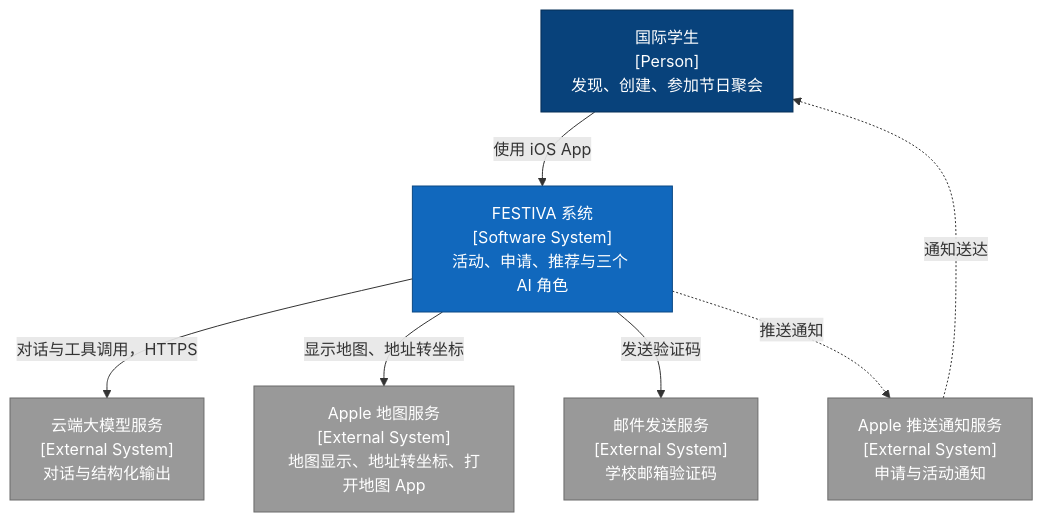
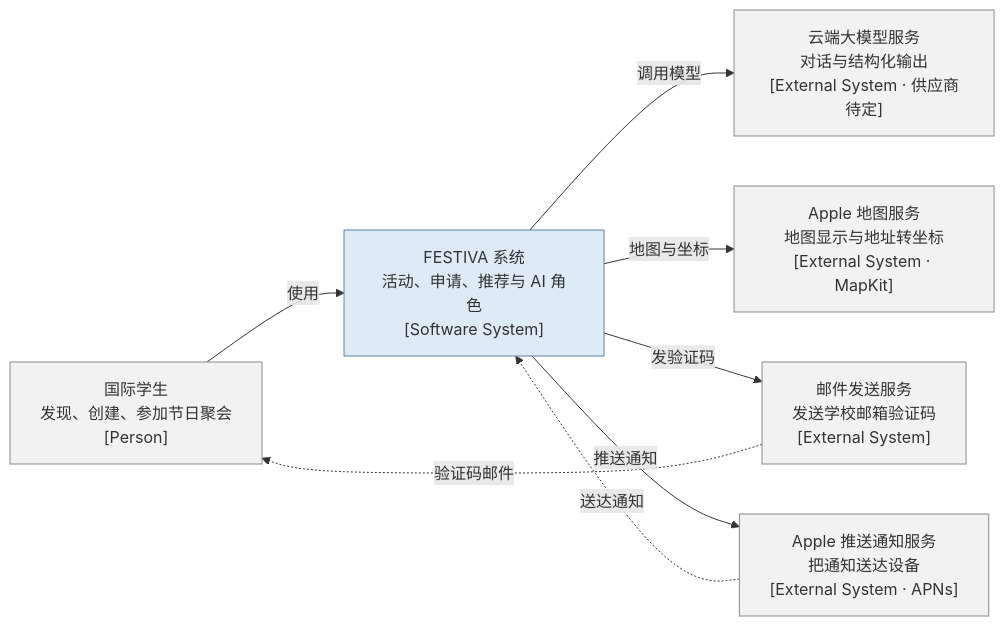
The first of 8 diagrams in truth/FESTIVA-工程架构文档.md (Ciri101/FESTIVA), drawn with Mermaid before and after one commit. The commit also changed other lines of this file and 12 other files, not shown here.

First line of the commit message:
T0013: finalize C1 and C2 as formal architecture diagrams

````diff
--- a/truth/FESTIVA-工程架构文档.md
+++ b/truth/FESTIVA-工程架构文档.md
@@ -78,21 +84,22 @@
 ```mermaid
-flowchart TB
-  student["国际学生<br/>[Person]<br/>发现、创建、参加节日聚会"]
-  festiva["FESTIVA 系统<br/>[Software System]<br/>活动、申请、推荐与三个 AI 角色"]
-  llm["云端大模型服务<br/>[External System]<br/>对话与结构化输出"]
-  maps["Apple 地图服务<br/>[External System]<br/>地图显示、地址转坐标、打开地图 App"]
-  mail["邮件发送服务<br/>[External System]<br/>学校邮箱验证码"]
-  apns["Apple 推送通知服务<br/>[External System]<br/>申请与活动通知"]
-  student -->|"使用 iOS App"| festiva
-  festiva -->|"对话与工具调用，HTTPS"| llm
-  festiva -->|"显示地图、地址转坐标"| maps
-  festiva -->|"发送验证码"| mail
-  festiva -.->|"推送通知"| apns
-  apns -.->|"通知送达"| student
-  classDef person fill:#08427b,color:#ffffff,stroke:#052e56
-  classDef system fill:#1168bd,color:#ffffff,stroke:#0b4884
-  classDef external fill:#999999,color:#ffffff,stroke:#6b6b6b
-  class student person
-  class festiva system
-  class llm,maps,mail,apns external
+%% name: festiva-c1
+%% home: festiva-c1
+flowchart LR
+  student["国际学生<br/>发现、创建、参加节日聚会<br/>[Person]"]
+  festiva["FESTIVA 系统<br/>活动、申请、推荐与 AI 角色<br/>[Software System]"]
+  llm["云端大模型服务<br/>对话与结构化输出<br/>[External System · 供应商待定]"]
+  maps["Apple 地图服务<br/>地图显示与地址转坐标<br/>[External System · MapKit]"]
+  mail["邮件发送服务<br/>发送学校邮箱验证码<br/>[External System]"]
+  apns["Apple 推送通知服务<br/>把通知送达设备<br/>[External System · APNs]"]
+  student -->|"使用"| festiva
+  festiva -->|"调用模型"| llm
+  festiva -->|"地图与坐标"| maps
+  festiva -->|"发验证码"| mail
+  festiva -->|"推送通知"| apns
+  apns -.->|"送达通知"| festiva
+  mail -.->|"验证码邮件"| student
+  classDef shell fill:#deebf7,stroke:#5b81a8
+  classDef ext fill:#f2f2f2,stroke:#8a8a8a
+  class festiva shell
+  class student,llm,maps,mail,apns ext
 ```
````
